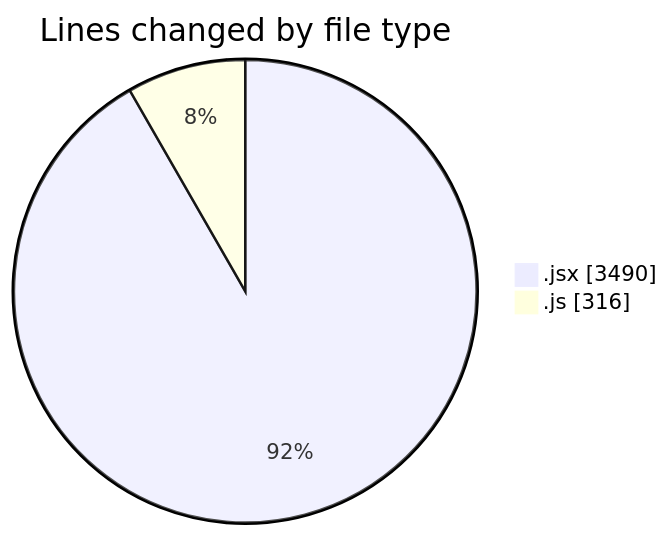
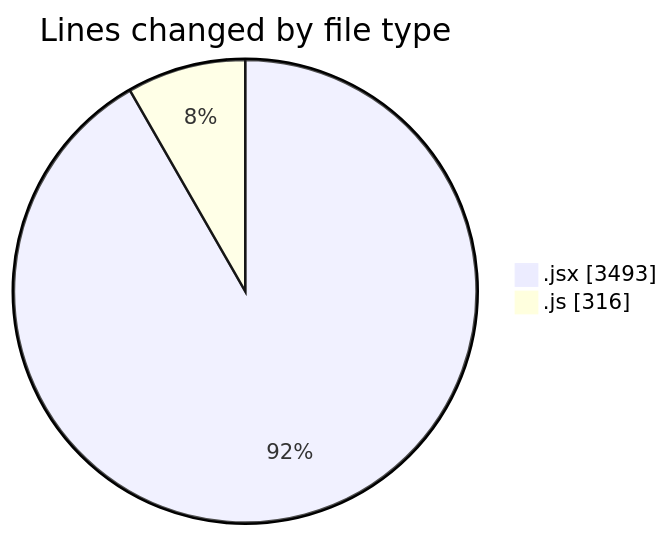
The first of 2 diagrams in 2025-07-13/argos/README.md (nxtqubesakshisongat/code-tracking), drawn with Mermaid before and after one commit. The commit also changed other lines of this file and 1 other file, not shown here.

````diff
--- a/2025-07-13/argos/README.md
+++ b/2025-07-13/argos/README.md
@@ -22,6 +22,6 @@
 ```mermaid
 pie showData
 title Lines changed by file type
-".jsx" : 3490
+".jsx" : 3493
 ".js" : 316
 ```
````
